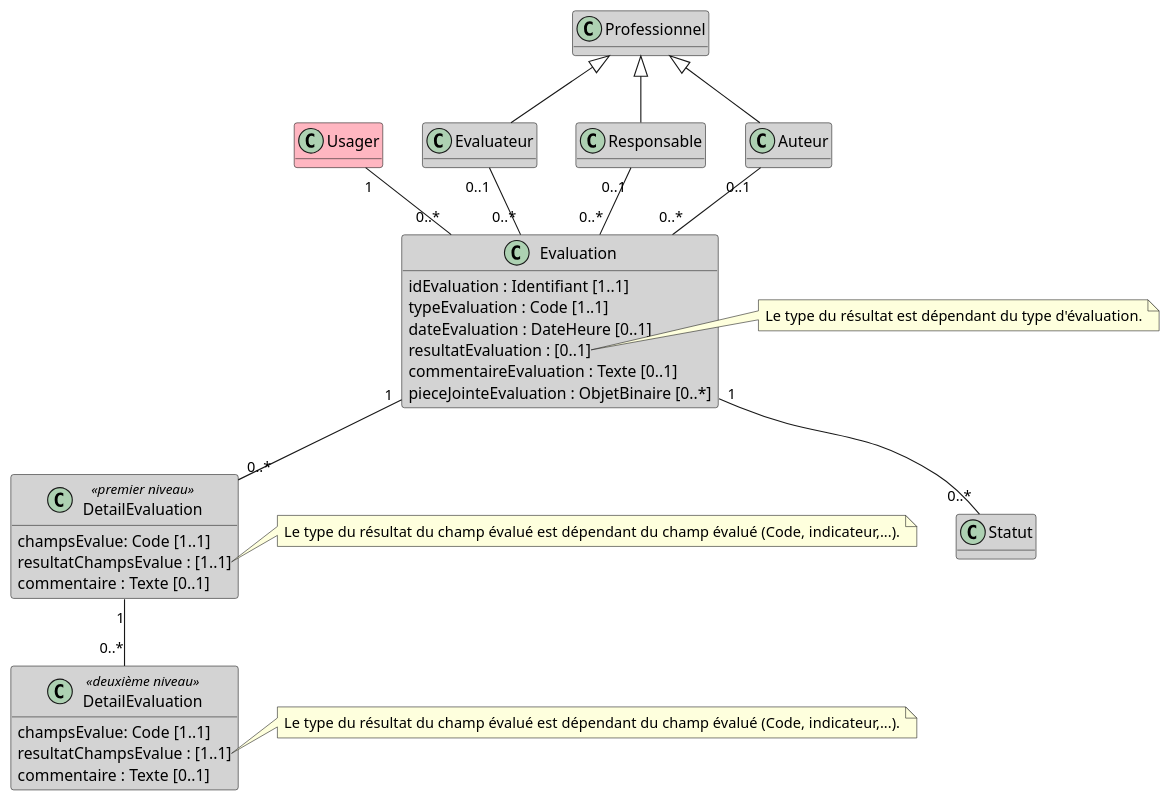
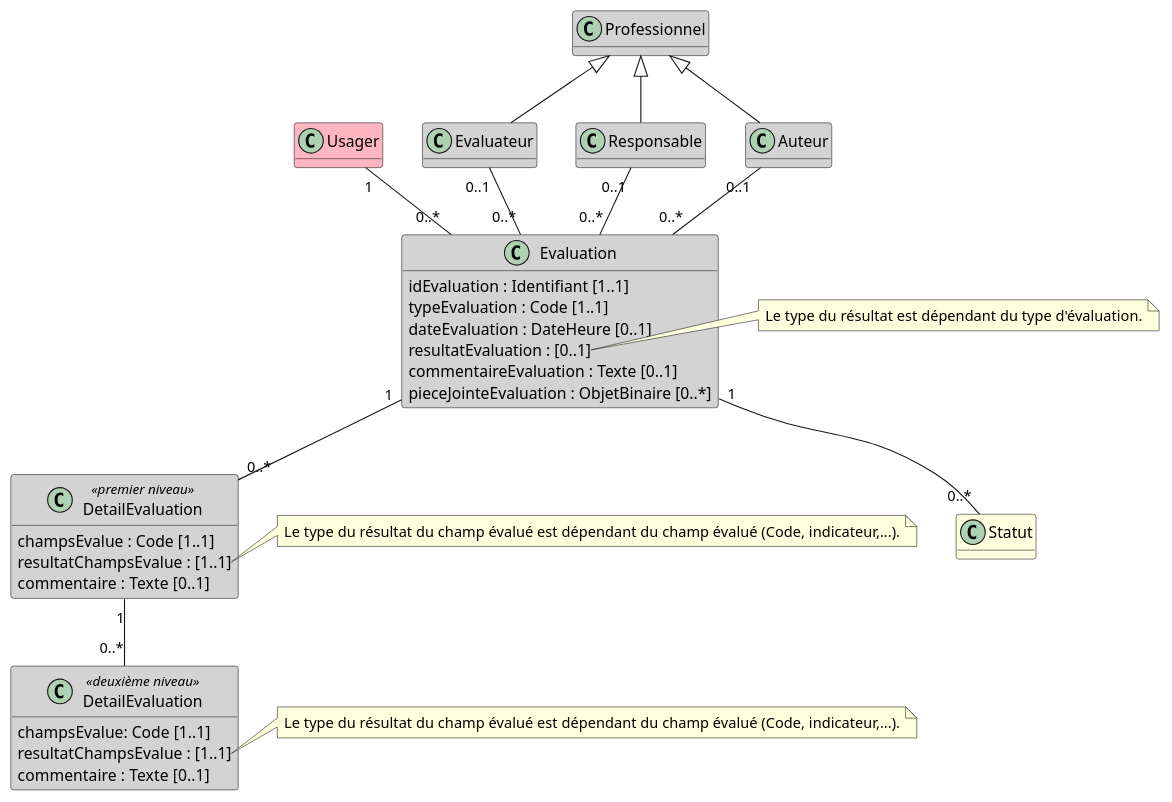
The diagram in input/images-source/bloc_evaluation-grille.plantuml (ansforge/IG-fhir-medicosocial-transfert-donnees-dui), drawn with PlantUML before and after one commit. The commit also changed 6 other files, not shown here.

```diff
--- a/input/images-source/bloc_evaluation-grille.plantuml
+++ b/input/images-source/bloc_evaluation-grille.plantuml
@@ -1,62 +1,62 @@
 @startuml
 
 hide empty methods
 
 class Usager #LightPink
 
 class Evaluateur #LightGray
 
 class Responsable #LightGray
 
 class Auteur #LightGray
 
 class Professionnel #LightGray
 
-class Statut #LightGray
+class Statut #LightYellow
 
 class Evaluation #LightGray {
     idEvaluation : Identifiant [1..1]
     typeEvaluation : Code [1..1]
     dateEvaluation : DateHeure [0..1]
     resultatEvaluation : [0..1]
     commentaireEvaluation : Texte [0..1]
     pieceJointeEvaluation : ObjetBinaire [0..*]
 }
 
 note right of Evaluation::resultat
   Le type du résultat est dépendant du type d'évaluation.
 end note
 
 class "DetailEvaluation" as DetailEvaluationN1 <<premier niveau>> #LightGray {
-    champsEvalue: Code [1..1]
+    champsEvalue : Code [1..1]
     resultatChampsEvalue : [1..1]
     commentaire : Texte [0..1]
 }
 
 note right of DetailEvaluationN1::resultatChampsEvalue
   Le type du résultat du champ évalué est dépendant du champ évalué (Code, indicateur,...).
 end note
 
 class "DetailEvaluation" as DetailEvaluationN2 <<deuxième niveau>> #LightGray {
     champsEvalue: Code [1..1]
     resultatChampsEvalue : [1..1]
     commentaire : Texte [0..1]
 }
 
 note right of DetailEvaluationN2::resultatChampsEvalue
   Le type du résultat du champ évalué est dépendant du champ évalué (Code, indicateur,...).
 end note
 
 Professionnel <|-- Evaluateur
 Professionnel <|-- Responsable
 Professionnel <|-- Auteur
 
 Evaluateur "0..1" -- "0..*" Evaluation
 Responsable "0..1" -- "0..*" Evaluation
 Auteur "0..1" -- "0..*" Evaluation
 Usager "1" -- "0..*" Evaluation
 Evaluation "1" -- "0..*" DetailEvaluationN1
 DetailEvaluationN1 "1" -- "0..*" DetailEvaluationN2
 Evaluation "1" -- "0..*" Statut
 
 @enduml
```
